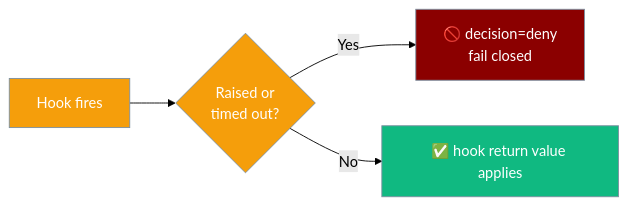
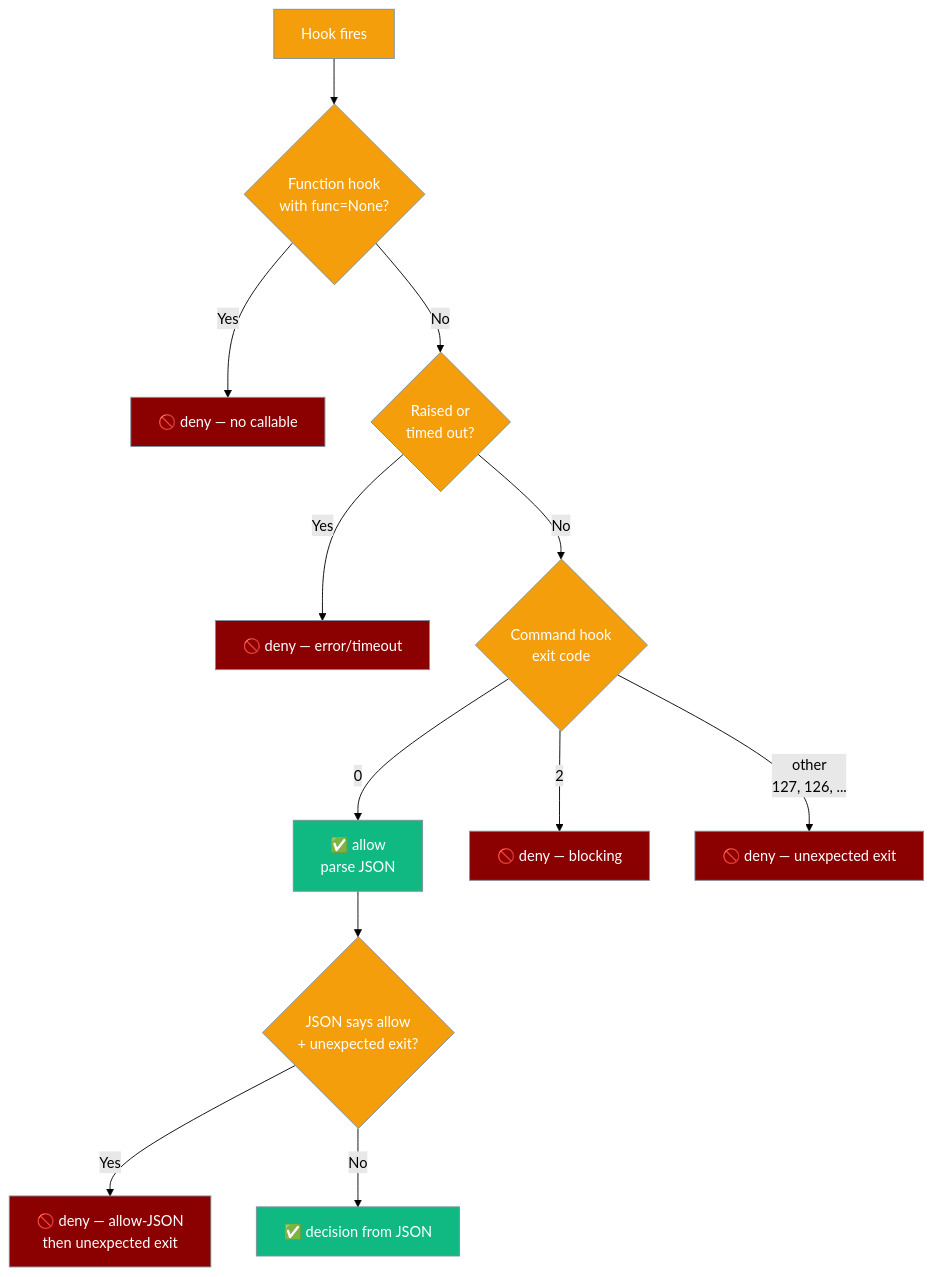
Before and after one commit to MervinPraison/PraisonAIDocs: the fourth of 6 diagrams in docs/features/hooks.mdx, drawn with Mermaid (forest theme). The commit also changed other lines of this file and 1 other file, not shown here.

Commit message:
docs: document fail-closed hooks for unexpected exit codes and missing callables (fixes #3630)

````diff
--- a/docs/features/hooks.mdx
+++ b/docs/features/hooks.mdx
@@ -158,14 +158,22 @@
 ```mermaid
-graph LR
-    A[Hook fires] --> B{Raised or<br/>timed out?}
-    B -->|Yes| D[🚫 decision=deny<br/>fail closed]
-    B -->|No| C[✅ hook return value applies]
+graph TB
+    A[Hook fires] --> B{Function hook<br/>with func=None?}
+    B -->|Yes| D[🚫 deny — no callable]
+    B -->|No| C{Raised or<br/>timed out?}
+    C -->|Yes| E[🚫 deny — error/timeout]
+    C -->|No| F{Command hook<br/>exit code}
+    F -->|0| G[✅ allow<br/>parse JSON]
+    F -->|2| H[🚫 deny — blocking]
+    F -->|other<br/>127, 126, ...| I[🚫 deny — unexpected exit]
+    G --> J{JSON says allow<br/>+ unexpected exit?}
+    J -->|Yes| K[🚫 deny — allow-JSON<br/>then unexpected exit]
+    J -->|No| L[✅ decision from JSON]
 
     classDef question fill:#F59E0B,stroke:#7C90A0,color:#fff
     classDef deny fill:#8B0000,stroke:#7C90A0,color:#fff
     classDef allow fill:#10B981,stroke:#7C90A0,color:#fff
 
-    class A,B question
-    class D deny
-    class C allow
+    class A,B,C,F,J question
+    class D,E,H,I,K deny
+    class G,L allow
 ```
````
